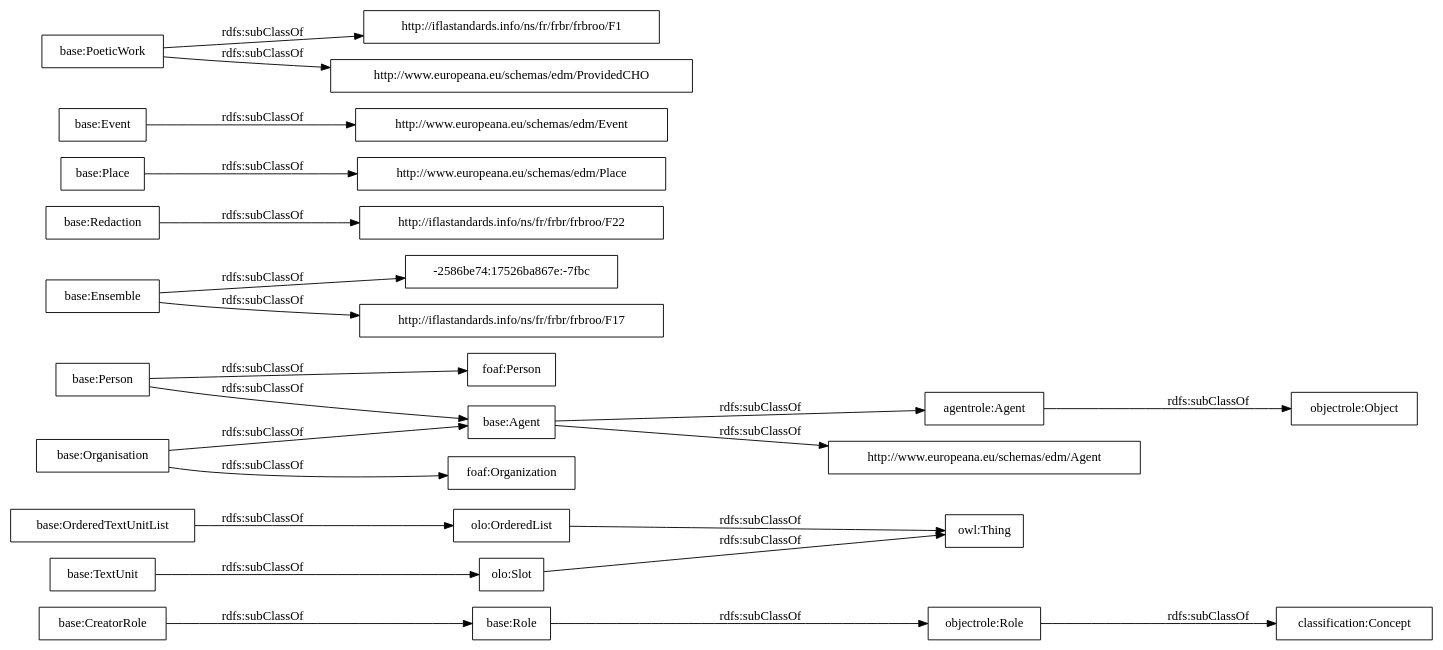
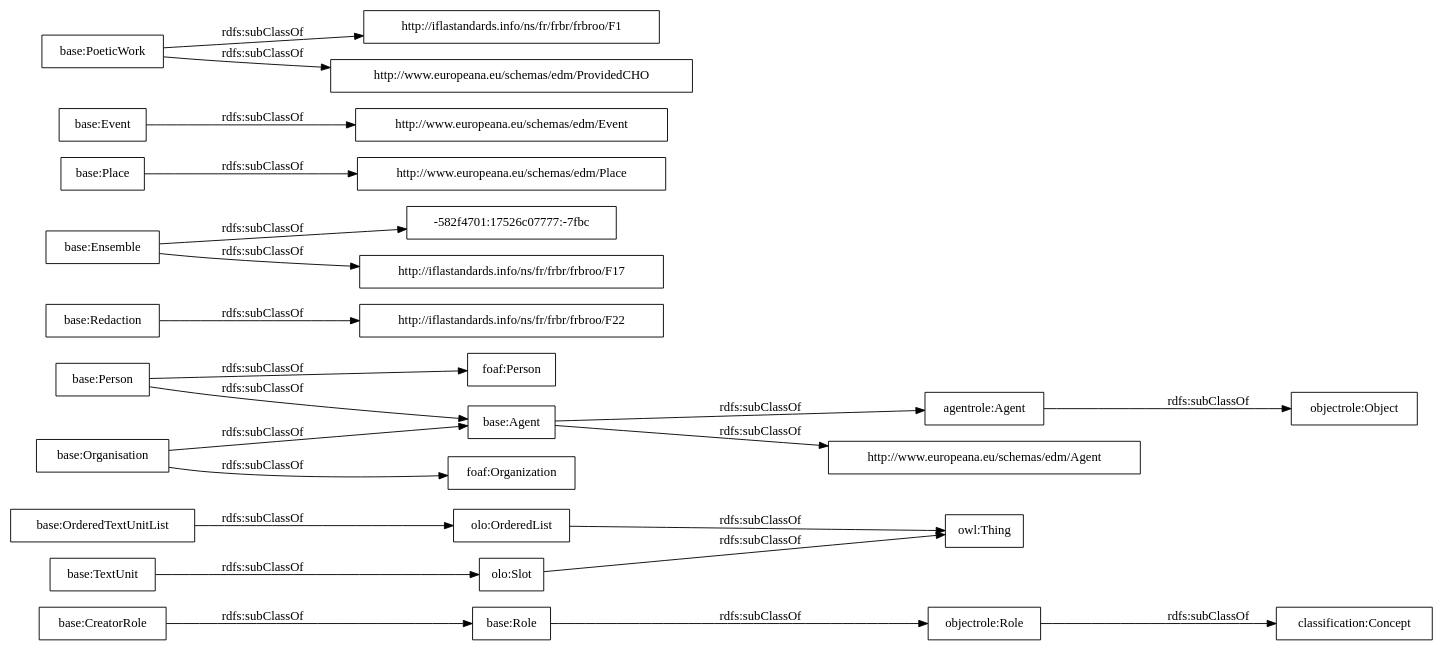
The diagram in OnToology/postdata-core.owl/diagrams/ar2dtool-taxonomy/postdata-core.owl.png.dot (OnToologyUser/core-ontology-1), drawn with Graphviz before and after one commit. The commit also changed 14 other files, not shown here.

```diff
--- a/OnToology/postdata-core.owl/diagrams/ar2dtool-taxonomy/postdata-core.owl.png.dot
+++ b/OnToology/postdata-core.owl/diagrams/ar2dtool-taxonomy/postdata-core.owl.png.dot
@@ -1,27 +1,27 @@
 digraph ar2dtool_diagram { 
 rankdir=LR;
 size="1000"
-node [shape = rectangle, color="black"]; "base:Role" "base:OrderedTextUnitList" "agentrole:Agent" "-2586be74:17526ba867e:-7fbc" "http://iflastandards.info/ns/fr/frbr/frbroo/F22" "http://www.europeana.eu/schemas/edm/Agent" "base:Agent" "base:CreatorRole" "base:Person" "base:Organisation" "http://www.europeana.eu/schemas/edm/Place" "base:Redaction" "foaf:Person" "base:Ensemble" "http://www.europeana.eu/schemas/edm/Event" "base:TextUnit" "http://iflastandards.info/ns/fr/frbr/frbroo/F1" "foaf:Organization" "http://www.europeana.eu/schemas/edm/ProvidedCHO" "base:Place" "base:Event" "base:PoeticWork" "http://iflastandards.info/ns/fr/frbr/frbroo/F17" "owl:Thing" "objectrole:Role" "objectrole:Object" "olo:Slot" "olo:OrderedList" "classification:Concept" ; /*classes style*/
+node [shape = rectangle, color="black"]; "base:Role" "base:OrderedTextUnitList" "agentrole:Agent" "http://iflastandards.info/ns/fr/frbr/frbroo/F22" "http://www.europeana.eu/schemas/edm/Agent" "base:Agent" "-582f4701:17526c07777:-7fbc" "base:CreatorRole" "base:Person" "base:Organisation" "http://www.europeana.eu/schemas/edm/Place" "base:Redaction" "base:Ensemble" "foaf:Person" "http://www.europeana.eu/schemas/edm/Event" "base:TextUnit" "http://iflastandards.info/ns/fr/frbr/frbroo/F1" "foaf:Organization" "http://www.europeana.eu/schemas/edm/ProvidedCHO" "base:Place" "base:Event" "base:PoeticWork" "http://iflastandards.info/ns/fr/frbr/frbroo/F17" "owl:Thing" "objectrole:Role" "objectrole:Object" "olo:Slot" "olo:OrderedList" "classification:Concept" ; /*classes style*/
 	"base:Redaction" -> "http://iflastandards.info/ns/fr/frbr/frbroo/F22" [ label = "rdfs:subClassOf" ];
 	"base:Role" -> "objectrole:Role" [ label = "rdfs:subClassOf" ];
 	"base:Event" -> "http://www.europeana.eu/schemas/edm/Event" [ label = "rdfs:subClassOf" ];
 	"base:Person" -> "foaf:Person" [ label = "rdfs:subClassOf" ];
 	"base:Person" -> "base:Agent" [ label = "rdfs:subClassOf" ];
 	"olo:OrderedList" -> "owl:Thing" [ label = "rdfs:subClassOf" ];
 	"olo:Slot" -> "owl:Thing" [ label = "rdfs:subClassOf" ];
 	"base:PoeticWork" -> "http://www.europeana.eu/schemas/edm/ProvidedCHO" [ label = "rdfs:subClassOf" ];
 	"base:PoeticWork" -> "http://iflastandards.info/ns/fr/frbr/frbroo/F1" [ label = "rdfs:subClassOf" ];
 	"base:TextUnit" -> "olo:Slot" [ label = "rdfs:subClassOf" ];
 	"agentrole:Agent" -> "objectrole:Object" [ label = "rdfs:subClassOf" ];
-	"base:Ensemble" -> "-2586be74:17526ba867e:-7fbc" [ label = "rdfs:subClassOf" ];
+	"base:Ensemble" -> "-582f4701:17526c07777:-7fbc" [ label = "rdfs:subClassOf" ];
 	"base:Ensemble" -> "http://iflastandards.info/ns/fr/frbr/frbroo/F17" [ label = "rdfs:subClassOf" ];
 	"base:OrderedTextUnitList" -> "olo:OrderedList" [ label = "rdfs:subClassOf" ];
 	"base:Agent" -> "agentrole:Agent" [ label = "rdfs:subClassOf" ];
 	"base:Agent" -> "http://www.europeana.eu/schemas/edm/Agent" [ label = "rdfs:subClassOf" ];
 	"objectrole:Role" -> "classification:Concept" [ label = "rdfs:subClassOf" ];
 	"base:Place" -> "http://www.europeana.eu/schemas/edm/Place" [ label = "rdfs:subClassOf" ];
 	"base:Organisation" -> "foaf:Organization" [ label = "rdfs:subClassOf" ];
 	"base:Organisation" -> "base:Agent" [ label = "rdfs:subClassOf" ];
 	"base:CreatorRole" -> "base:Role" [ label = "rdfs:subClassOf" ];
 
 }
```
